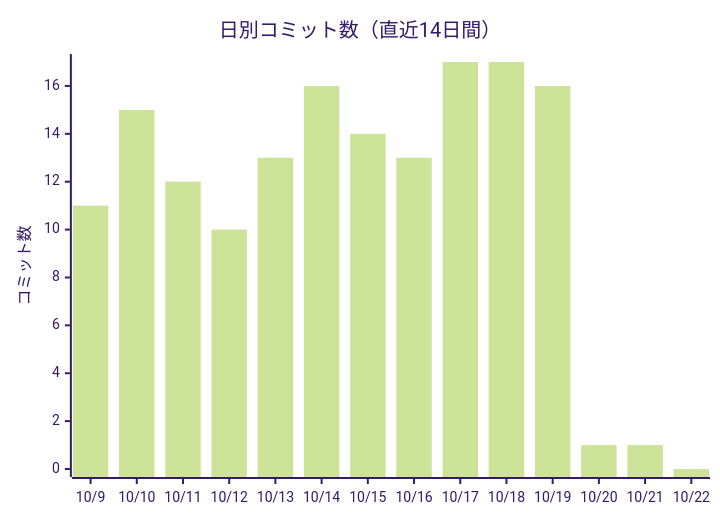
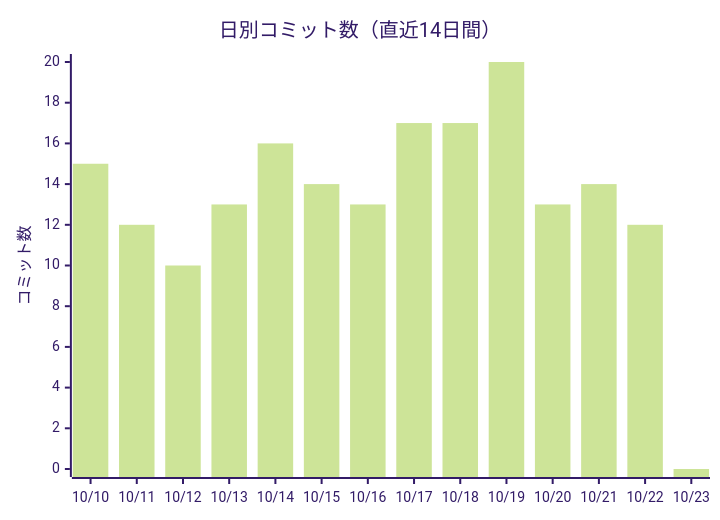
The first of 2 diagrams in docs/進化レポート.md (non-x2/non-x2), drawn with Mermaid (forest theme) before and after one commit. The commit also changed other lines of this file and 10 other files, not shown here.

````diff
--- a/docs/進化レポート.md
+++ b/docs/進化レポート.md
@@ -23,7 +23,7 @@
 ```mermaid
 xychart-beta
     title "日別コミット数（直近14日間）"
-    x-axis ["10/9", "10/10", "10/11", "10/12", "10/13", "10/14", "10/15", "10/16", "10/17", "10/18", "10/19", "10/20", "10/21", "10/22"]
+    x-axis ["10/10", "10/11", "10/12", "10/13", "10/14", "10/15", "10/16", "10/17", "10/18", "10/19", "10/20", "10/21", "10/22", "10/23"]
     y-axis "コミット数"
-    bar [11, 15, 12, 10, 13, 16, 14, 13, 17, 17, 16, 1, 1, 0]
+    bar [15, 12, 10, 13, 16, 14, 13, 17, 17, 20, 13, 14, 12, 0]
 ```
````
